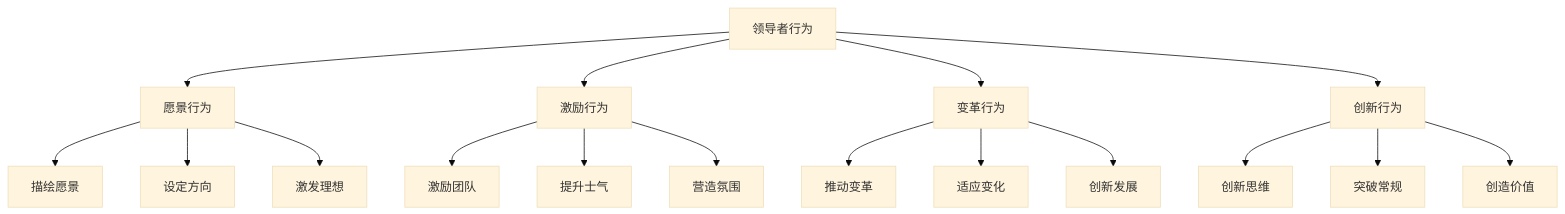
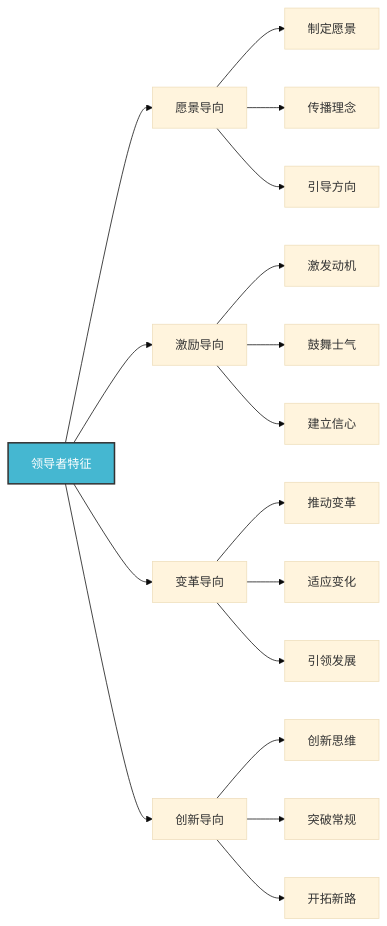
Before and after one commit to Anping2017/obsidian: the third of 4 diagrams in 企业领导力/01-基础认知层/02-管理者vs领导者.md, drawn with Mermaid (base theme). The commit also changed other lines of this file and 8 other files, not shown here.

````diff
--- a/企业领导力/01-基础认知层/02-管理者vs领导者.md
+++ b/企业领导力/01-基础认知层/02-管理者vs领导者.md
@@ -131,23 +73,25 @@
 ```mermaid
-graph TD
-    A[领导者行为] --> B[愿景行为]
-    A --> C[激励行为]
-    A --> D[变革行为]
-    A --> E[创新行为]
+graph LR
+    A[领导者特征] --> B[愿景导向]
+    A --> C[激励导向]
+    A --> D[变革导向]
+    A --> E[创新导向]
     
-    B --> B1[描绘愿景]
-    B --> B2[设定方向]
-    B --> B3[激发理想]
+    B --> B1[制定愿景]
+    B --> B2[传播理念]
+    B --> B3[引导方向]
     
-    C --> C1[激励团队]
-    C --> C2[提升士气]
-    C --> C3[营造氛围]
+    C --> C1[激发动机]
+    C --> C2[鼓舞士气]
+    C --> C3[建立信心]
     
     D --> D1[推动变革]
     D --> D2[适应变化]
-    D --> D3[创新发展]
+    D --> D3[引领发展]
     
     E --> E1[创新思维]
     E --> E2[突破常规]
-    E --> E3[创造价值]
+    E --> E3[开拓新路]
+    
+    style A fill:#45b7d1,stroke:#333,stroke-width:2px,color:#fff
 ```
````
